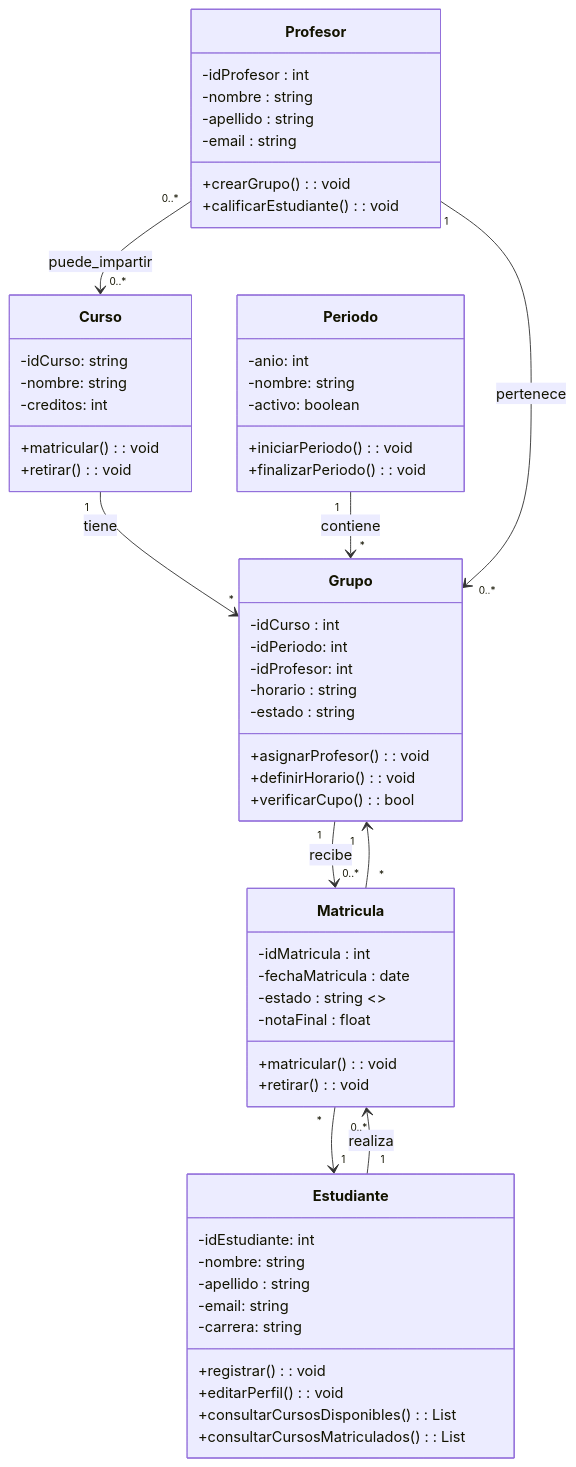
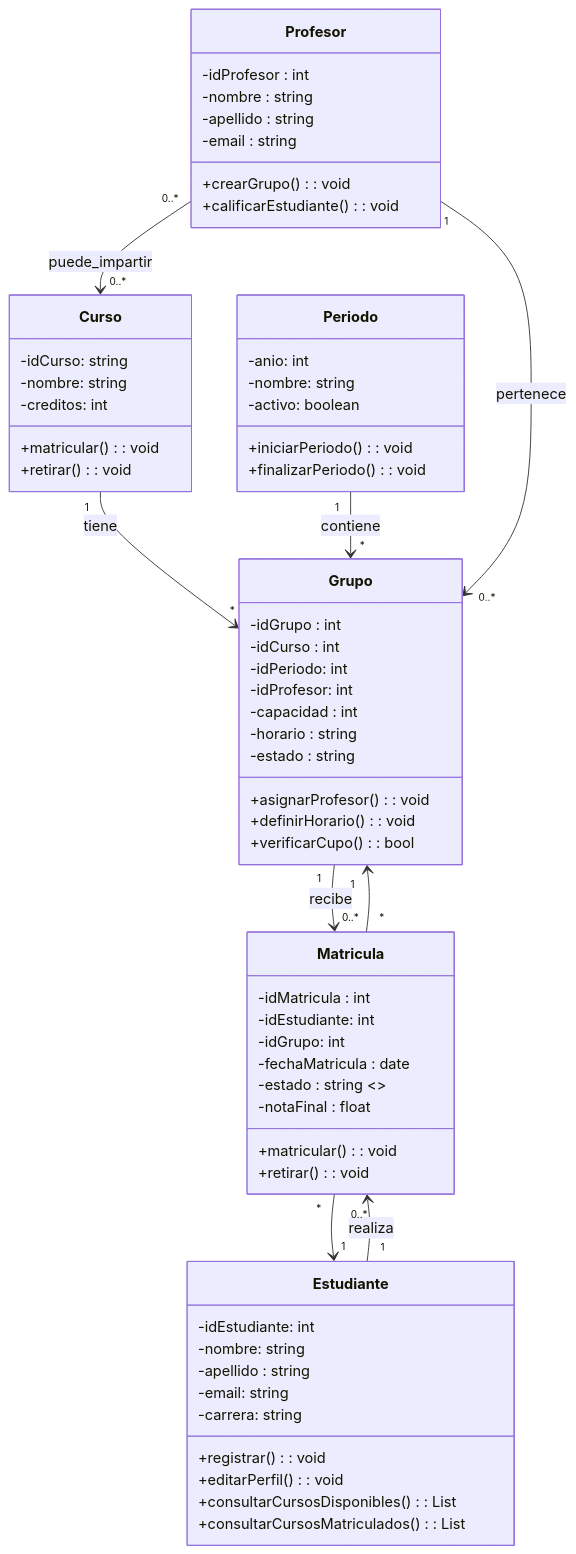
One commit to TOACR/II-51-Laboratorios changed the diagram in Lab01/Diagrama de clase.mmd. Above: the diagram before and after it, drawn with Mermaid. The commit also changed 1 other file, not shown here.

```diff
--- a/Lab01/Diagrama de clase.mmd
+++ b/Lab01/Diagrama de clase.mmd
@@ -1,67 +1,71 @@
 classDiagram
     class Profesor {
         -idProfesor : int
         -nombre : string
         -apellido : string
         -email : string
         +crearGrupo() : void
         +calificarEstudiante(): void
     }
 
     class Estudiante {
         -idEstudiante: int
         -nombre: string
         -apellido : string
         -email: string
         -carrera: string
         +registrar(): void
         +editarPerfil(): void
         +consultarCursosDisponibles(): List<Curso>
         +consultarCursosMatriculados(): List<Curso>
     }
  
     class Curso {
         -idCurso: string
         -nombre: string
         -creditos: int
         +matricular(): void
         +retirar(): void
     }
 
     class Periodo {
         -anio: int
         -nombre: string
         -activo: boolean
         +iniciarPeriodo(): void
         +finalizarPeriodo(): void
     }
 
     class Grupo {
+        -idGrupo : int
         -idCurso : int
         -idPeriodo: int
         -idProfesor: int
+        -capacidad : int
         -horario : string
         -estado : string
         +asignarProfesor() : void
         +definirHorario(): void
         +verificarCupo() : bool
     }
 
     class Matricula {
       -idMatricula : int
+      -idEstudiante: int
+      -idGrupo: int
       -fechaMatricula : date
       -estado : string  <<ej: "Matriculado","Retirado">>
       -notaFinal : float
       +matricular() : void
       +retirar() : void
     }
     
     %% Relaciones simplificadas con cardinalidades
     Curso "1" --> "*" Grupo : tiene
     Periodo "1" --> "*" Grupo : contiene
     Profesor "1" --> "0..*" Grupo : pertenece
     Estudiante "1" --> "0..*" Matricula : realiza
     Grupo "1" --> "0..*" Matricula : recibe
     Matricula "*" --> "1" Estudiante
     Matricula "*" --> "1" Grupo
     Profesor "0..*" --> "0..*" Curso : puede_impartir
```
